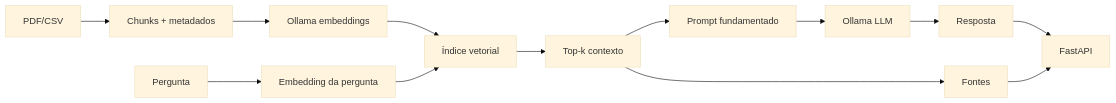
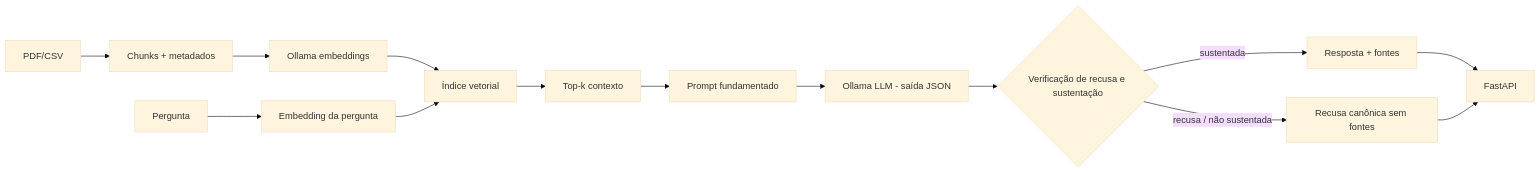
One commit to berger33/Projeto changed the diagram in ARQUITETURA.md. Above: the diagram before and after it, drawn with Mermaid (base theme). The commit also changed other lines of this file and 12 other files, not shown here.

````diff
--- a/ARQUITETURA.md
+++ b/ARQUITETURA.md
@@ -24,15 +27,16 @@
 ```mermaid
 flowchart LR
     D[PDF/CSV] --> C[Chunks + metadados]
     C --> E[Ollama embeddings]
     E --> V[Índice vetorial]
     Q[Pergunta] --> QE[Embedding da pergunta]
     QE --> V
     V --> R[Top-k contexto]
     R --> P[Prompt fundamentado]
-    P --> L[Ollama LLM]
-    L --> A[Resposta]
-    R --> S[Fontes]
+    P --> L[Ollama LLM - saída JSON]
+    L --> J{Verificação de recusa e sustentação}
+    J -->|sustentada| A[Resposta + fontes]
+    J -->|recusa / não sustentada| N[Recusa canônica sem fontes]
     A --> API[FastAPI]
-    S --> API
+    N --> API
 ```
````
